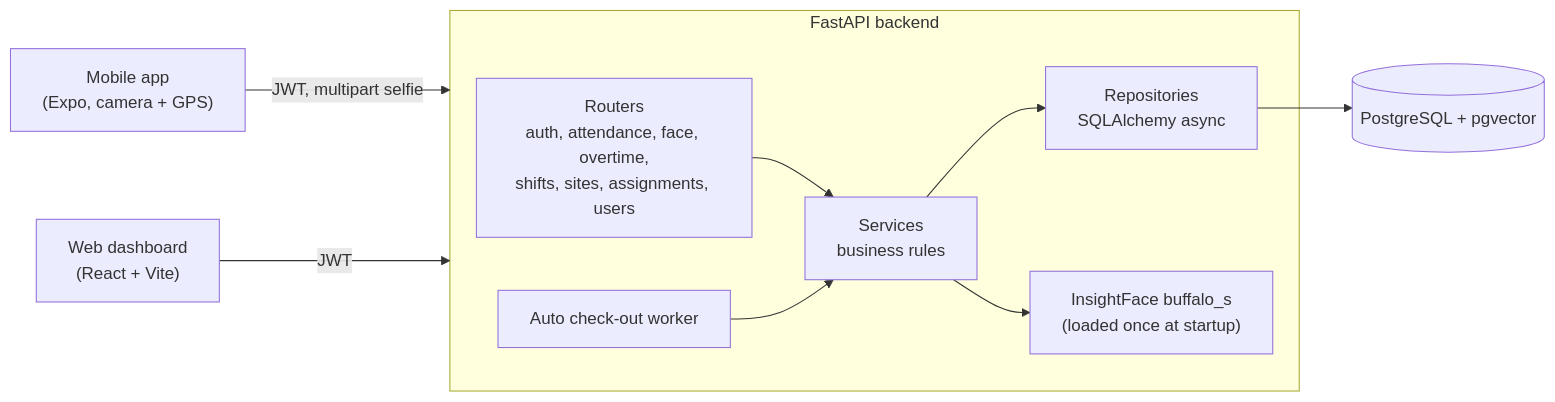
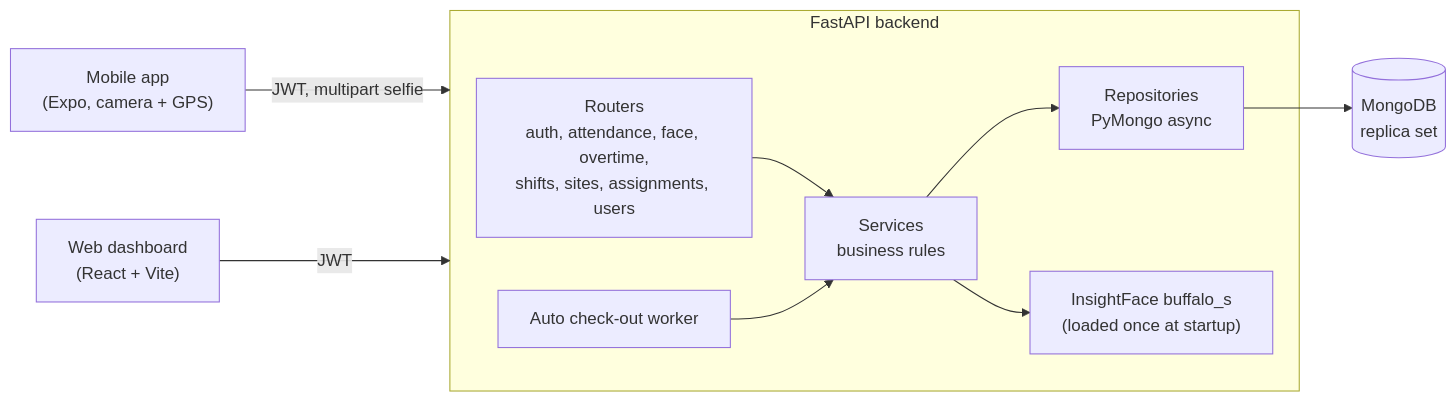
One commit to Javanian/Hadir-Ops changed the diagram in README.md. Above: the diagram before and after it, drawn with Mermaid. The commit also changed other lines of this file and 70 other files, not shown here.

First line of the commit message:
feat(db)!: move the data layer from PostgreSQL to MongoDB

````diff
--- a/README.md
+++ b/README.md
@@ -44,12 +44,12 @@
 ```mermaid
 flowchart LR
   M["Mobile app<br/>(Expo, camera + GPS)"] -->|JWT, multipart selfie| API
   W["Web dashboard<br/>(React + Vite)"] -->|JWT| API
   subgraph API["FastAPI backend"]
     R["Routers<br/>auth, attendance, face, overtime,<br/>shifts, sites, assignments, users"] --> S["Services<br/>business rules"]
-    S --> Repo["Repositories<br/>SQLAlchemy async"]
+    S --> Repo["Repositories<br/>PyMongo async"]
     S --> F["InsightFace buffalo_s<br/>(loaded once at startup)"]
     BG["Auto check-out worker"] --> S
   end
-  Repo --> DB[("PostgreSQL + pgvector")]
+  Repo --> DB[("MongoDB<br/>replica set")]
 ```
````
